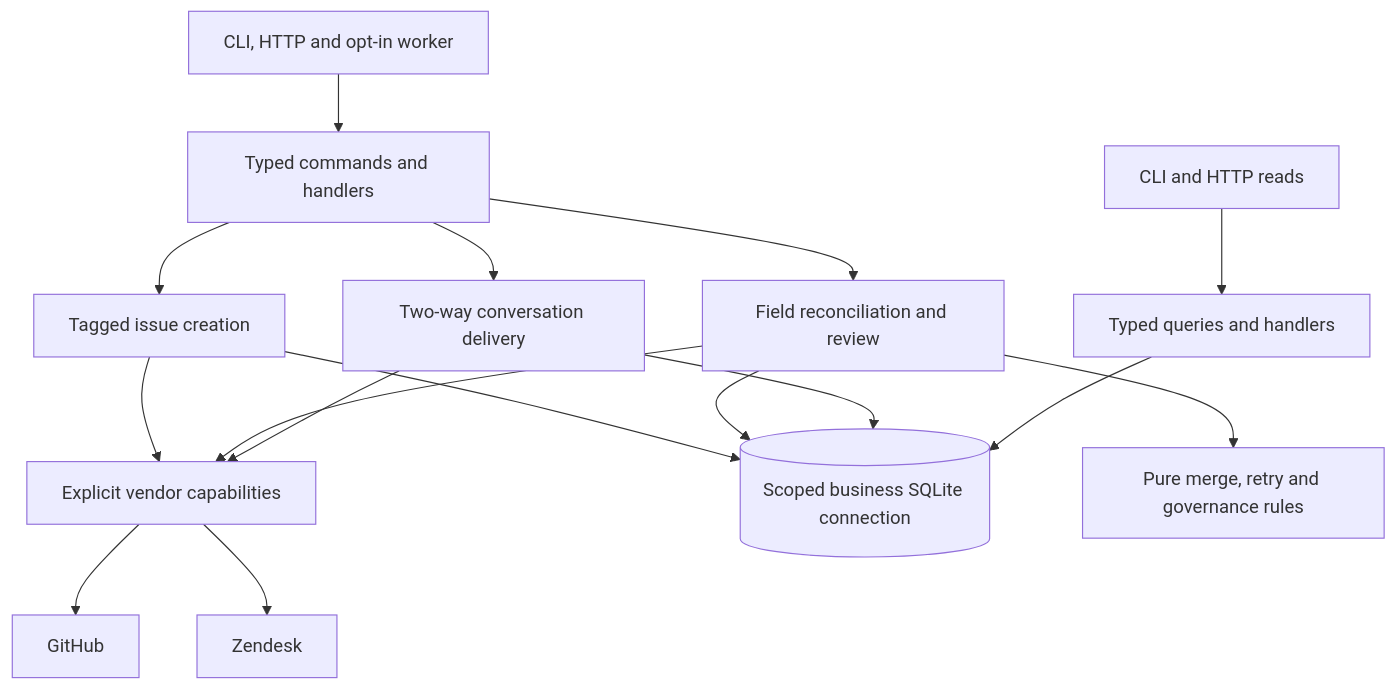
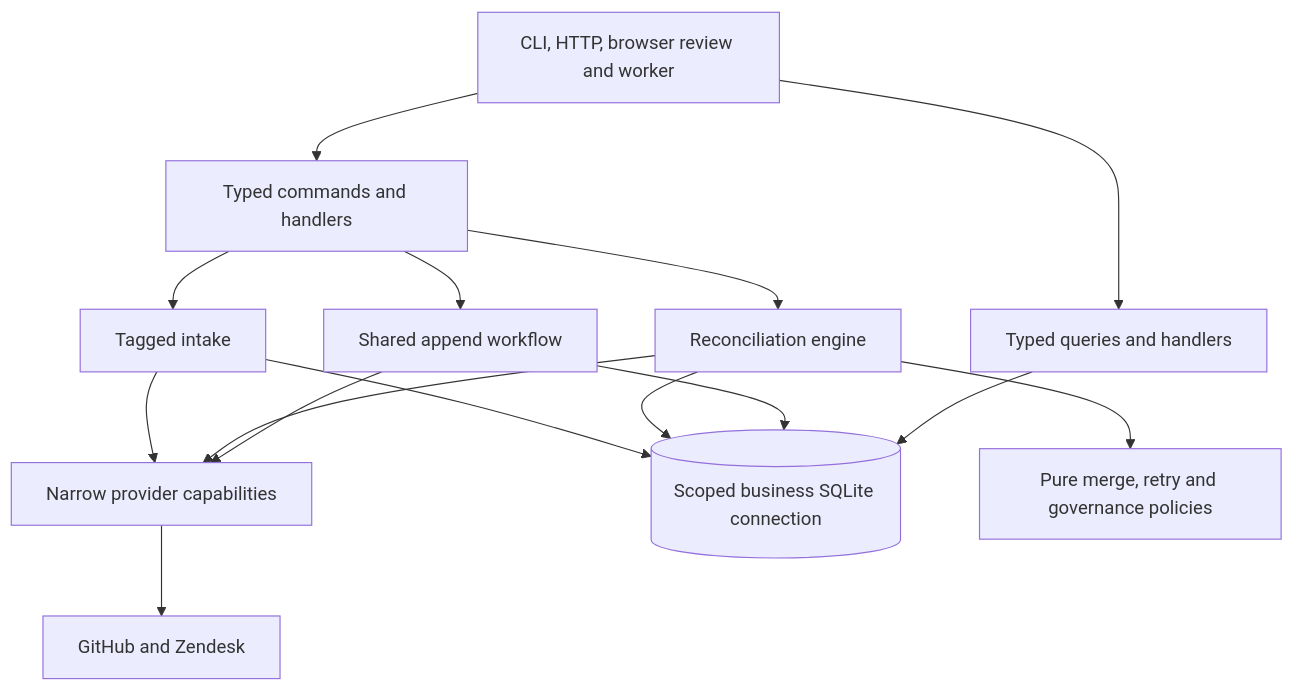
The first of 2 diagrams in docs/ARCHITECTURE.md (AlbertFlorescu/support-bridge), drawn with Mermaid before and after one commit. The commit also changed other lines of this file and 53 other files, not shown here.

First line of the commit message:
Add browser state review and streamline escalation guides (#45)

````diff
--- a/docs/ARCHITECTURE.md
+++ b/docs/ARCHITECTURE.md
@@ -11,18 +7,17 @@
-```mermaid
+~~~mermaid
 flowchart TB
-    Entry["CLI, HTTP and opt-in worker"] --> Commands["Typed commands and handlers"]
-    ReadEntry["CLI and HTTP reads"] --> Queries["Typed queries and handlers"]
-    Commands --> Intake["Tagged issue creation"]
-    Commands --> Engine["Field reconciliation and review"]
-    Commands --> Comments["Two-way conversation delivery"]
-    Intake --> Ports["Explicit vendor capabilities"]
+    Adapters["CLI, HTTP, browser review and worker"] --> Commands["Typed commands and handlers"]
+    Adapters --> Queries["Typed queries and handlers"]
+    Commands --> Intake["Tagged intake"]
+    Commands --> Engine["Reconciliation engine"]
+    Commands --> Conversation["Shared append workflow"]
+    Intake --> Ports["Narrow provider capabilities"]
     Engine --> Ports
-    Comments --> Ports
-    Ports --> GH["GitHub"]
-    Ports --> ZD["Zendesk"]
+    Conversation --> Ports
+    Ports --> Vendors["GitHub and Zendesk"]
     Intake --> Store[("Scoped business SQLite connection")]
     Engine --> Store
-    Comments --> Store
+    Conversation --> Store
     Queries --> Store
-    Engine --> Policies["Pure merge, retry and governance rules"]
-```
+    Engine --> Policies["Pure merge, retry and governance policies"]
+~~~
````
